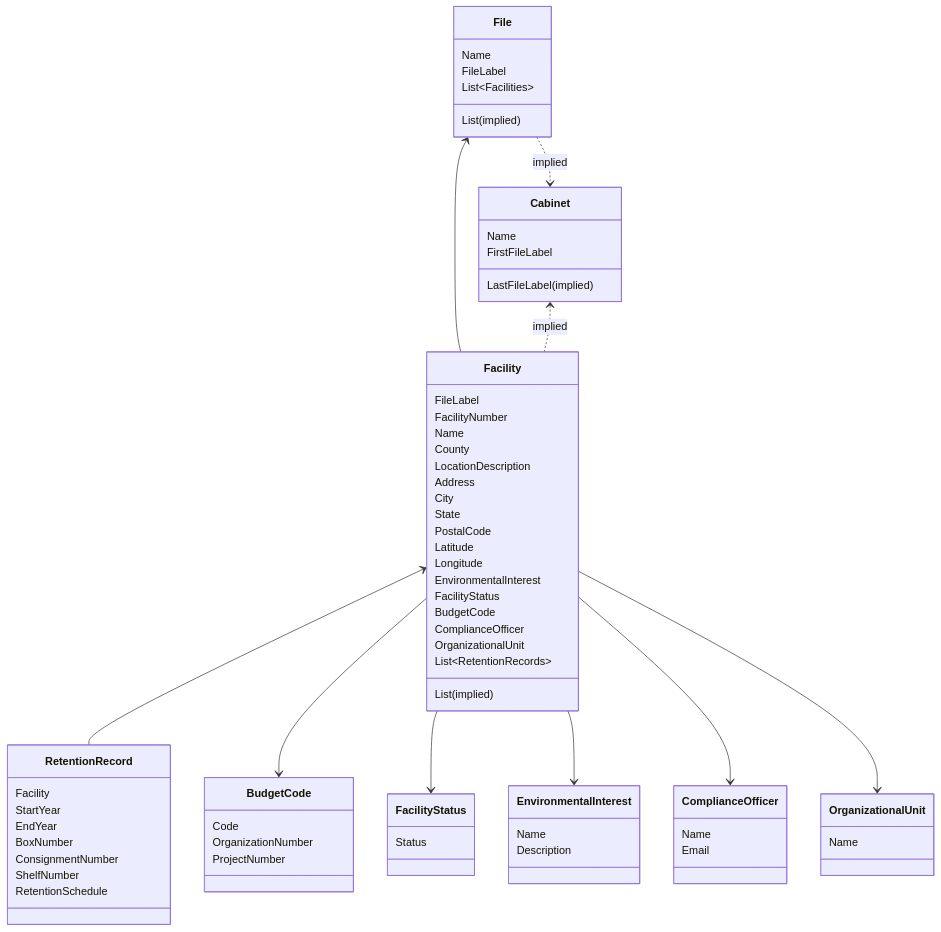
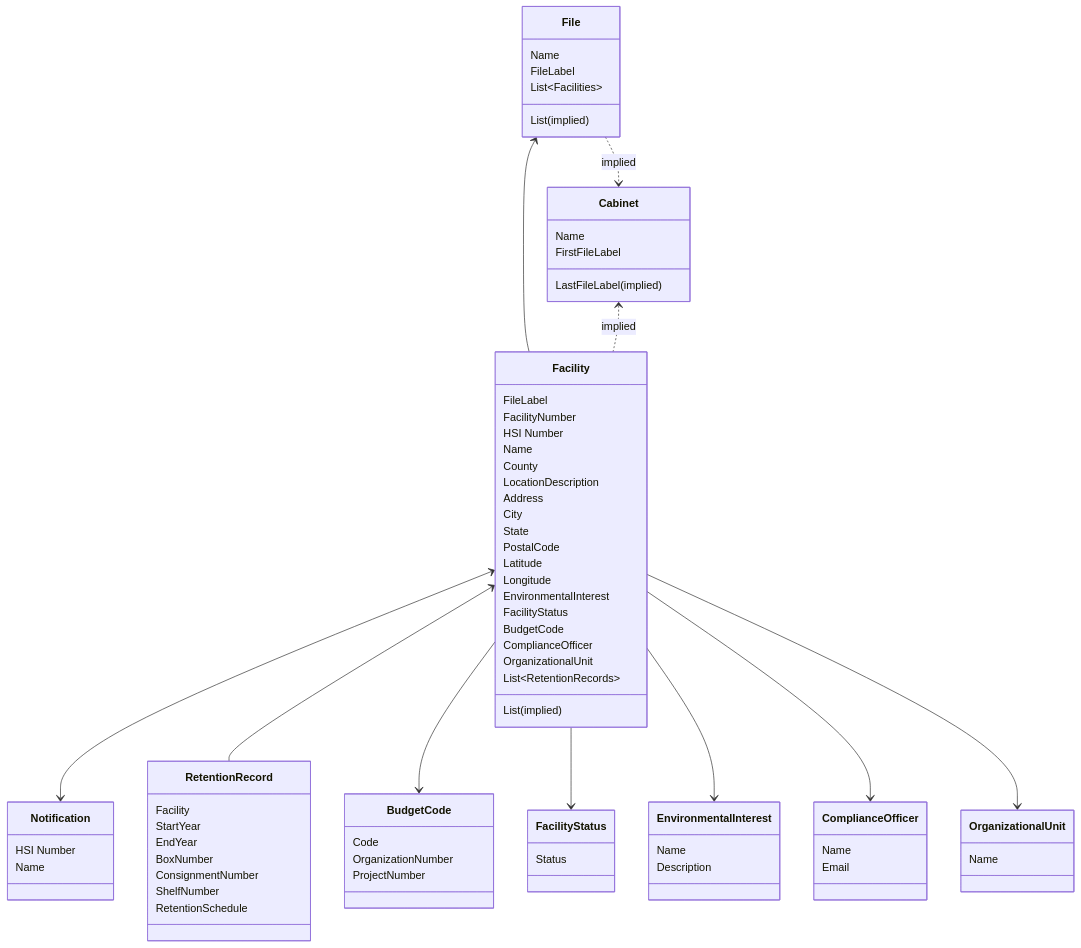
The diagram in docs/ER-diagram.md (gaepdit/FMS), drawn with Mermaid before and after one commit. The commit also changed 1 other file, not shown here.

Commit message:
Update UI Routing and ER diagram WIP
Updated UI Routing (Site Map)
Started ER Diagram changes for Notifications DB

```diff
--- a/docs/ER-diagram.md
+++ b/docs/ER-diagram.md
@@ -7,6 +7,7 @@
     File <-- Facility
     Cabinet <.. Facility : implied
 
+    Facility <--> Notification
     Facility <-- RetentionRecord
     Facility --> BudgetCode
     Facility --> FacilityStatus
@@ -24,6 +25,11 @@
     List<Cabinets> (implied)
 }
 
+class Notification {
+    HSI Number
+    Name
+}
+
 class Cabinet {
     Name
     FirstFileLabel
@@ -34,6 +40,7 @@
 class Facility {
     FileLabel
     FacilityNumber
+    HSI Number
     Name
     County
     LocationDescription
```
